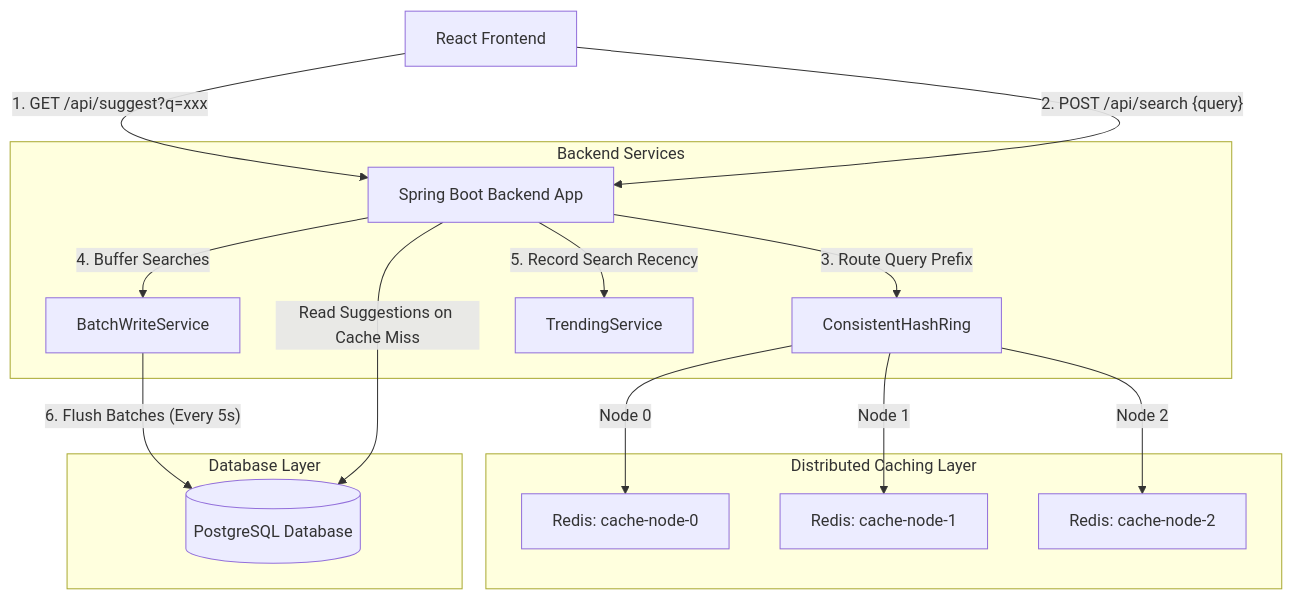
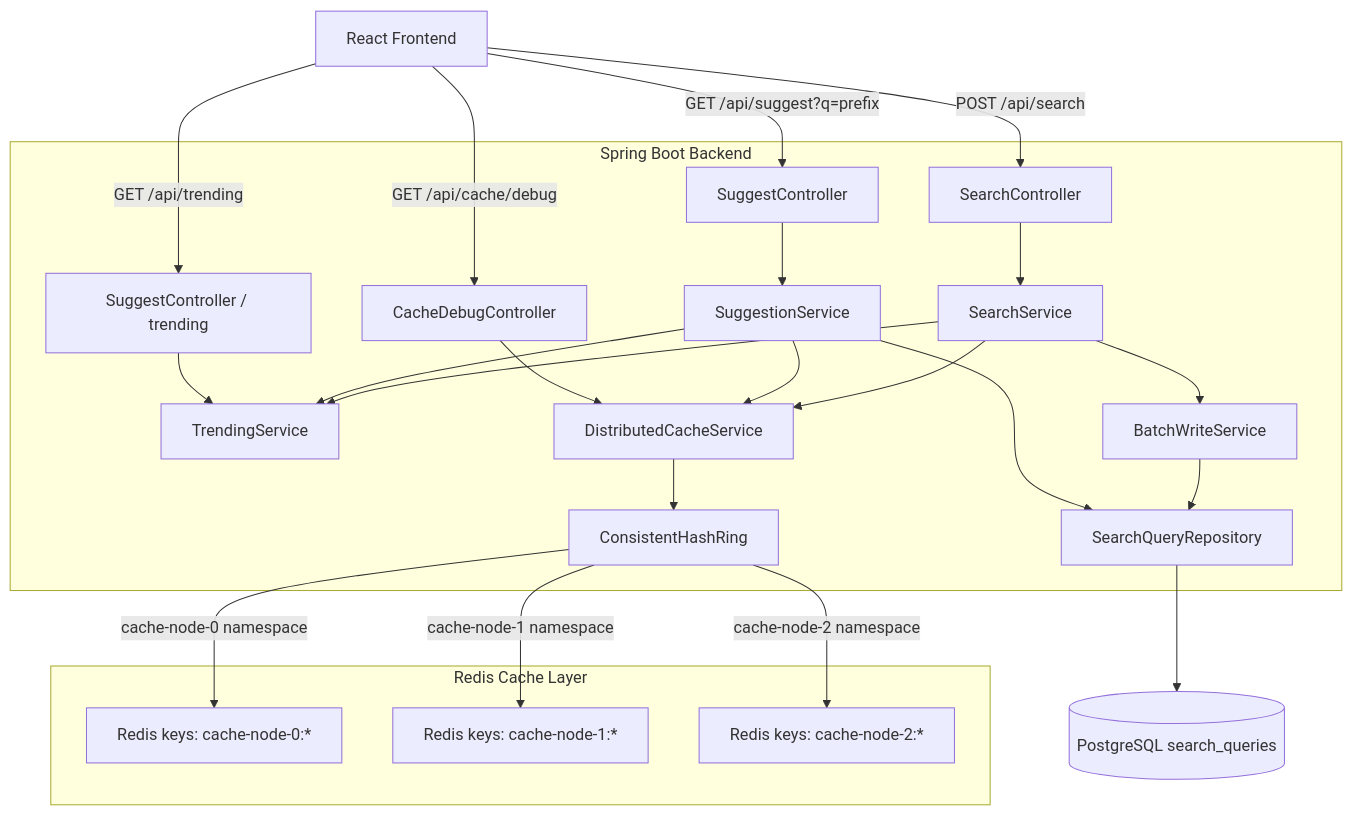
The diagram in PROJECT_REPORT.md (akshat-code21/typeahead_assignment), drawn with Mermaid before and after one commit. The commit also changed other lines of this file, not shown here.

Commit message:
docs: update project documentation with architecture refinements, runtime modes, and API specifications

````diff
--- a/PROJECT_REPORT.md
+++ b/PROJECT_REPORT.md
@@ -12,23 +13,33 @@
 ```mermaid
 graph TD
-    Client["React Frontend"] -->|"1. GET /api/suggest?q=xxx"| Backend["Spring Boot Backend App"]
-    Client -->|"2. POST /api/search {query}"| Backend
+    Client["React Frontend"] -->|"GET /api/suggest?q=prefix"| Suggest["SuggestController"]
+    Client -->|"POST /api/search"| Search["SearchController"]
+    Client -->|"GET /api/trending"| TrendApi["SuggestController / trending"]
+    Client -->|"GET /api/cache/debug"| Debug["CacheDebugController"]
 
-    subgraph Backend Services["Backend Services"]
-        Backend -->|"3. Route Query Prefix"| Ring["ConsistentHashRing"]
-        Backend -->|"4. Buffer Searches"| Batch["BatchWriteService"]
-        Backend -->|"5. Record Search Recency"| Trend["TrendingService"]
+    subgraph Backend["Spring Boot Backend"]
+        Suggest --> SuggestionService["SuggestionService"]
+        Search --> SearchService["SearchService"]
+        TrendApi --> TrendingService["TrendingService"]
+        Debug --> CacheService["DistributedCacheService"]
+
+        SuggestionService --> CacheService
+        SuggestionService --> TrendingService
+        SuggestionService --> Repository["SearchQueryRepository"]
+
+        SearchService --> Batch["BatchWriteService"]
+        SearchService --> CacheService
+        SearchService --> TrendingService
+
+        CacheService --> Ring["ConsistentHashRing"]
+        Batch --> Repository
     end
 
-    subgraph Distributed Caching Layer["Distributed Caching Layer"]
-        Ring -->|"Node 0"| Cache0["Redis: cache-node-0"]
-        Ring -->|"Node 1"| Cache1["Redis: cache-node-1"]
-        Ring -->|"Node 2"| Cache2["Redis: cache-node-2"]
+    subgraph Cache["Redis Cache Layer"]
+        Ring -->|"cache-node-0 namespace"| Redis0["Redis keys: cache-node-0:*"]
+        Ring -->|"cache-node-1 namespace"| Redis1["Redis keys: cache-node-1:*"]
+        Ring -->|"cache-node-2 namespace"| Redis2["Redis keys: cache-node-2:*"]
     end
 
-    subgraph Database Layer["Database Layer"]
-        Batch -->|"6. Flush Batches (Every 5s)"| DB[("PostgreSQL Database")]
-    end
-
-    Backend -->|"Read Suggestions on Cache Miss"| DB
+    Repository --> DB[("PostgreSQL search_queries")]
 ```
````
